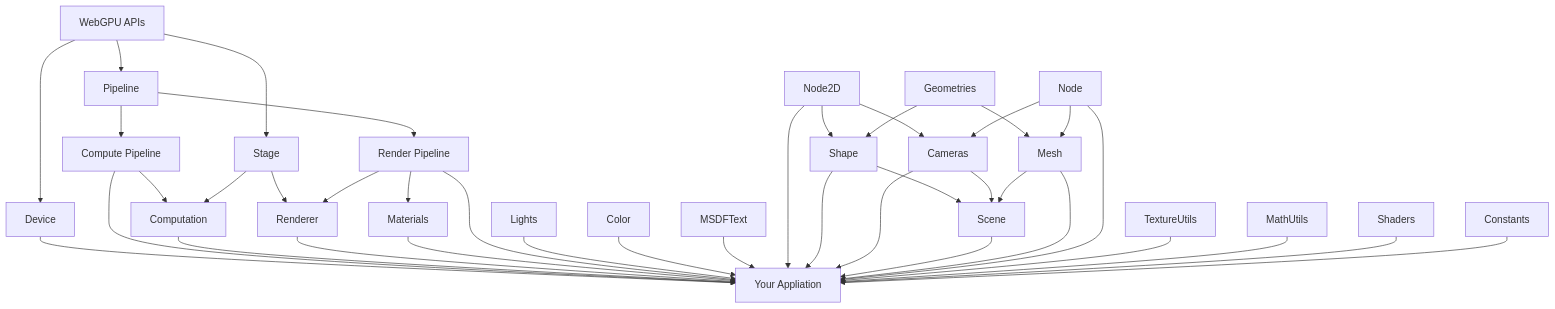
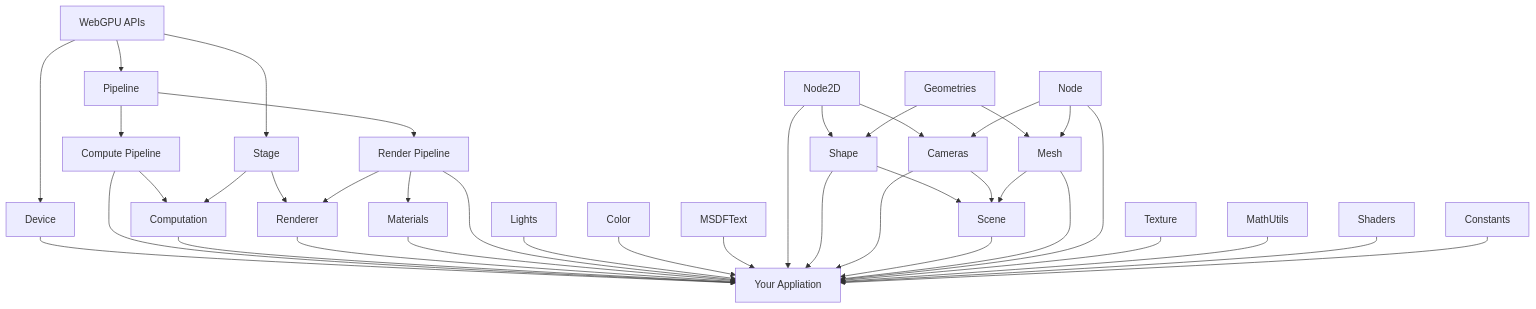
The diagram in README.md (UstymUkhman/uwal), drawn with Mermaid before and after one commit. The commit also changed other lines of this file and 84 other files, not shown here.

````diff
--- a/README.md
+++ b/README.md
@@ -65,63 +65,63 @@
 ```mermaid
 flowchart TD
   GPU[WebGPU APIs]
   P[Pipeline]
   CP[Compute Pipeline]
   RP[Render Pipeline]
   S[Stage]
   C[Computation]
   R[Renderer]
   MAT[Materials]
   APP[Your Appliation]
   DEV[Device]
 
   GPU  --> DEV
   DEV  --> APP
   GPU  --> P
   GPU  --> S
   P    --> CP
   P    --> RP
   CP   --> C
   S    --> C
   S    --> R
   RP   --> R
   RP   --> MAT
   CP   --> APP
   C    --> APP
   R    --> APP
   MAT  --> APP
   RP   --> APP
 
   Lights   --> APP
   Color    --> APP
   MSDFText --> APP
 
   ND2[Node2D]
   GEO[Geometries]
   ND[Node]
   CAM[Cameras]
   SHP[Shape]
   MESH[Mesh]
   SCN[Scene]
 
   ND2  --> APP
   ND2  --> SHP
   ND2  --> CAM
   GEO  --> SHP
   GEO  --> MESH
   ND   --> CAM
   ND   --> MESH
   SHP  --> APP
   SHP  --> SCN
   CAM  --> APP
   CAM  --> SCN
   MESH --> SCN
   SCN  --> APP
   MESH --> APP
   ND   --> APP
 
-  TextureUtils --> APP
-  MathUtils    --> APP
-  Shaders      --> APP
-  Constants    --> APP
+  Texture   --> APP
+  MathUtils --> APP
+  Shaders   --> APP
+  Constants --> APP
 ```
````
